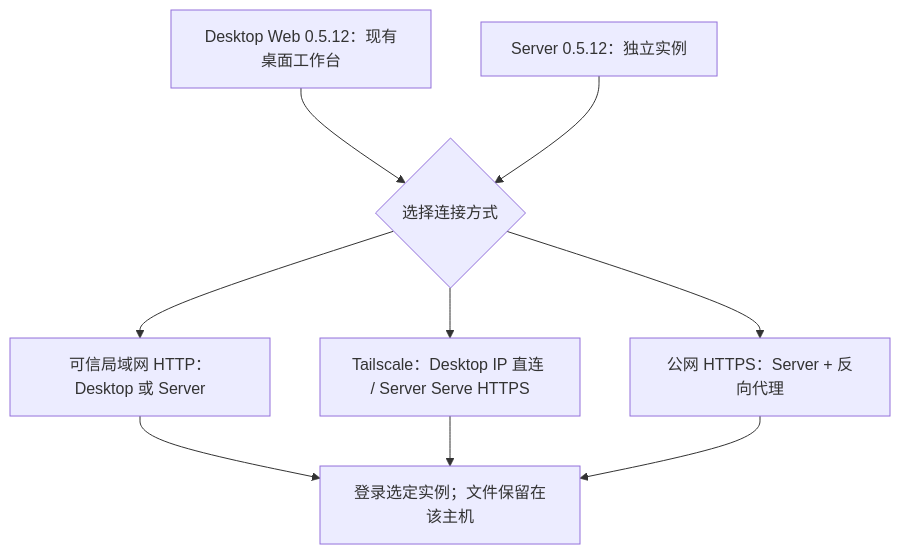
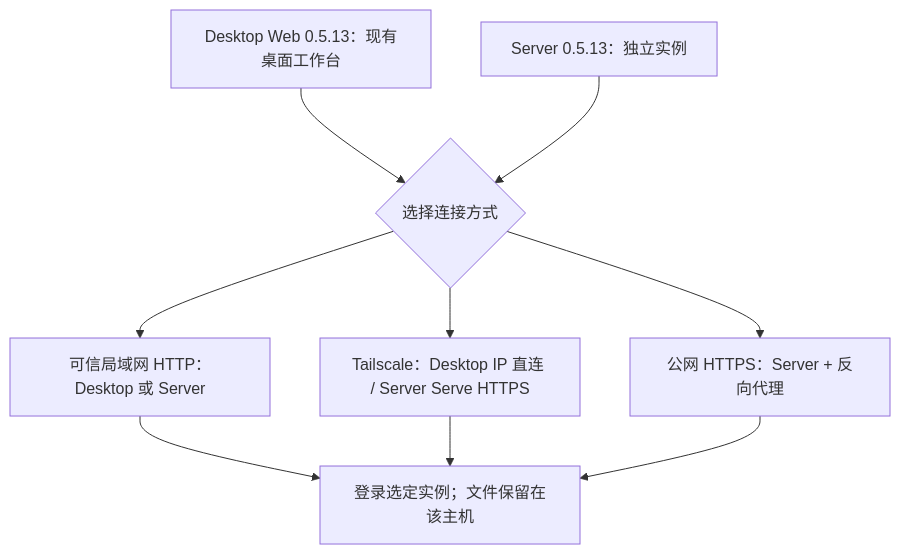
The diagram in website/site/public/assets/diagrams/deployment-choice-zh.mmd (murray17/rovai-ai), drawn with Mermaid before and after one commit. The commit also changed 10 other files, not shown here.

```diff
--- a/website/site/public/assets/diagrams/deployment-choice-zh.mmd
+++ b/website/site/public/assets/diagrams/deployment-choice-zh.mmd
@@ -1,12 +1,12 @@
 flowchart TB
-  desktop["Desktop Web 0.5.12：现有桌面工作台"]
-  server["Server 0.5.12：独立实例"]
+  desktop["Desktop Web 0.5.13：现有桌面工作台"]
+  server["Server 0.5.13：独立实例"]
   choice{"选择连接方式"}
   desktop --> choice
   server --> choice
   choice --> lan["可信局域网 HTTP：Desktop 或 Server"]
   choice --> ts["Tailscale：Desktop IP 直连 / Server Serve HTTPS"]
   choice --> public["公网 HTTPS：Server + 反向代理"]
   lan --> login["登录选定实例；文件保留在该主机"]
   ts --> login
   public --> login
```
